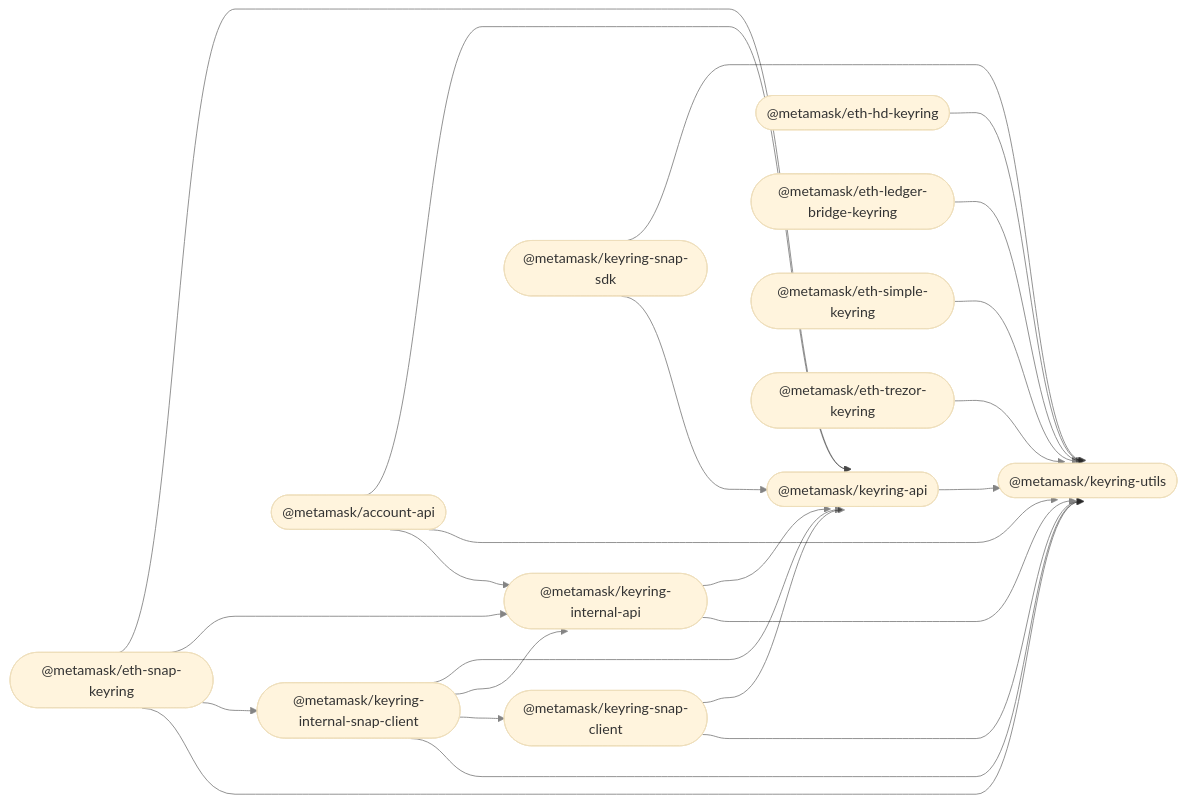
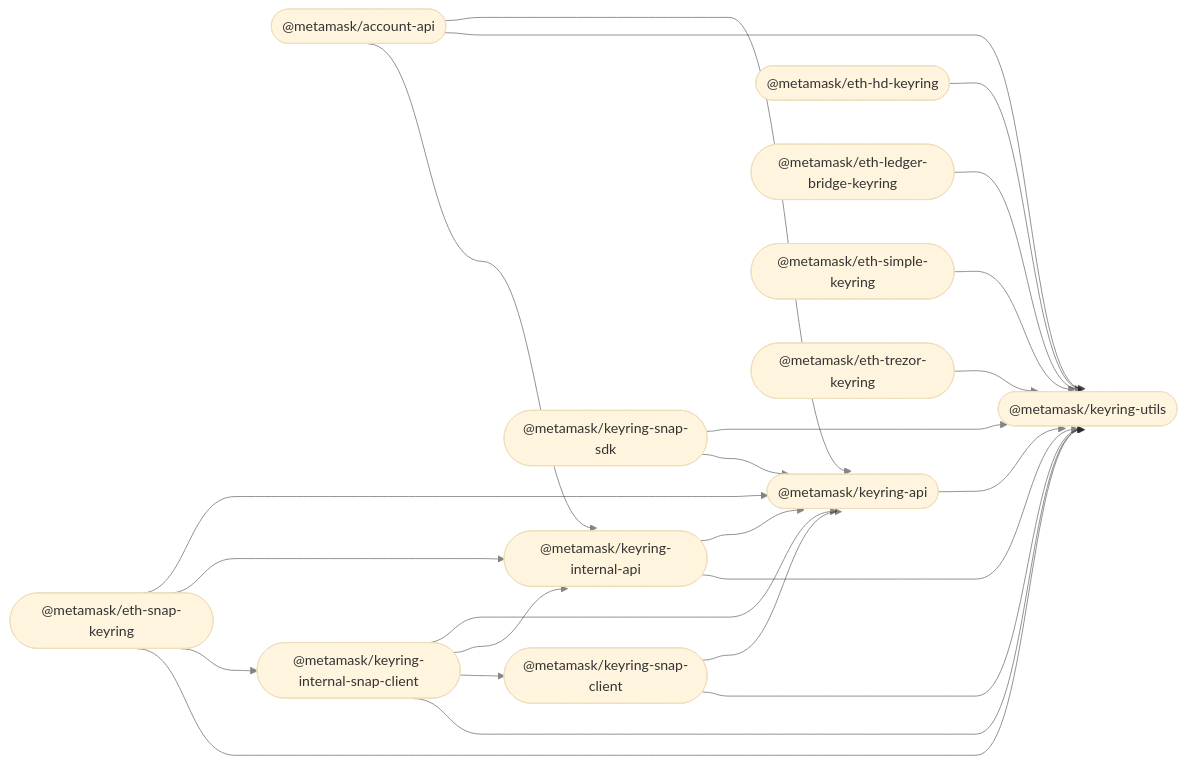
The diagram in README.md (MetaMask/accounts), drawn with Mermaid (base theme) before and after one commit.

````diff
--- a/README.md
+++ b/README.md
@@ -34,39 +34,39 @@
 ```mermaid
 %%{ init: { 'flowchart': { 'curve': 'bumpX' } } }%%
 graph LR;
 linkStyle default opacity:0.5
+  account_api(["@metamask/account-api"]);
   keyring_api(["@metamask/keyring-api"]);
   eth_hd_keyring(["@metamask/eth-hd-keyring"]);
   eth_ledger_bridge_keyring(["@metamask/eth-ledger-bridge-keyring"]);
   eth_simple_keyring(["@metamask/eth-simple-keyring"]);
   eth_trezor_keyring(["@metamask/eth-trezor-keyring"]);
   keyring_internal_api(["@metamask/keyring-internal-api"]);
   keyring_internal_snap_client(["@metamask/keyring-internal-snap-client"]);
   eth_snap_keyring(["@metamask/eth-snap-keyring"]);
   keyring_snap_client(["@metamask/keyring-snap-client"]);
   keyring_snap_sdk(["@metamask/keyring-snap-sdk"]);
   keyring_utils(["@metamask/keyring-utils"]);
-  multichain_account_api(["@metamask/account-api"]);
+  account_api --> keyring_api;
+  account_api --> keyring_utils;
+  account_api --> keyring_internal_api;
   keyring_api --> keyring_utils;
   eth_hd_keyring --> keyring_utils;
   eth_ledger_bridge_keyring --> keyring_utils;
   eth_simple_keyring --> keyring_utils;
   eth_trezor_keyring --> keyring_utils;
   keyring_internal_api --> keyring_api;
   keyring_internal_api --> keyring_utils;
   keyring_internal_snap_client --> keyring_api;
   keyring_internal_snap_client --> keyring_internal_api;
   keyring_internal_snap_client --> keyring_snap_client;
   keyring_internal_snap_client --> keyring_utils;
   eth_snap_keyring --> keyring_api;
   eth_snap_keyring --> keyring_internal_api;
   eth_snap_keyring --> keyring_internal_snap_client;
   eth_snap_keyring --> keyring_utils;
   keyring_snap_client --> keyring_api;
   keyring_snap_client --> keyring_utils;
   keyring_snap_sdk --> keyring_utils;
   keyring_snap_sdk --> keyring_api;
-  multichain_account_api --> keyring_api;
-  multichain_account_api --> keyring_utils;
-  multichain_account_api --> keyring_internal_api;
 ```
````
